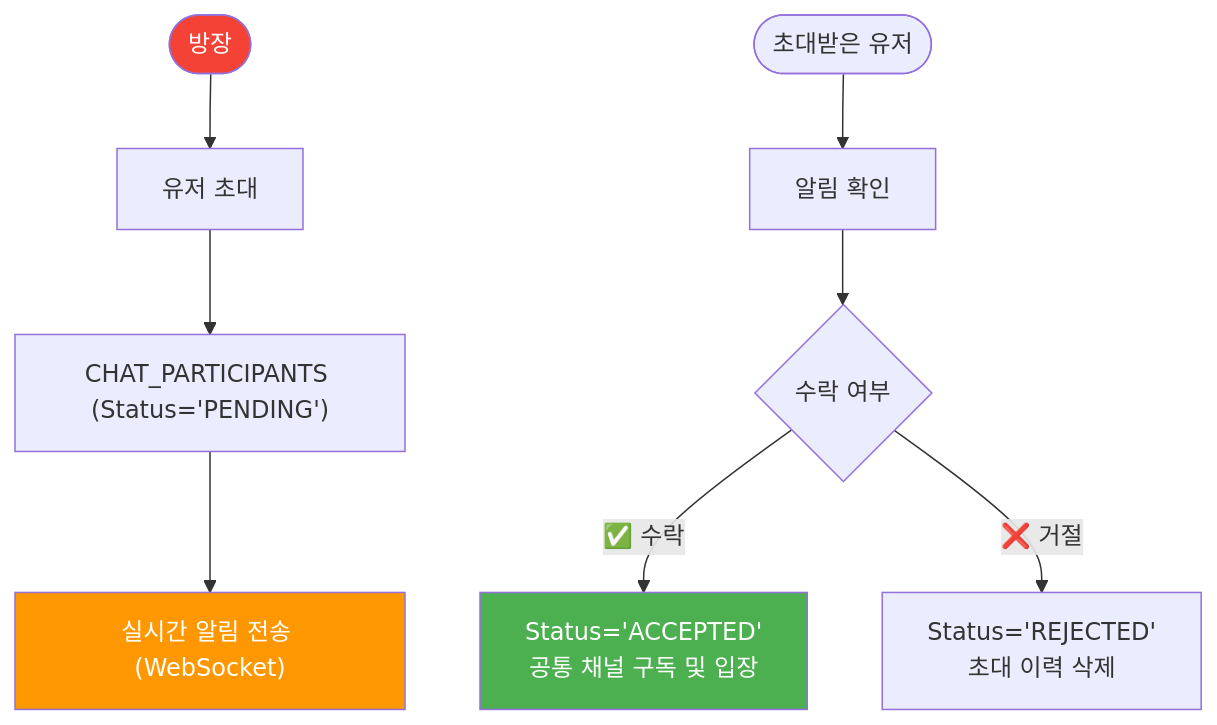
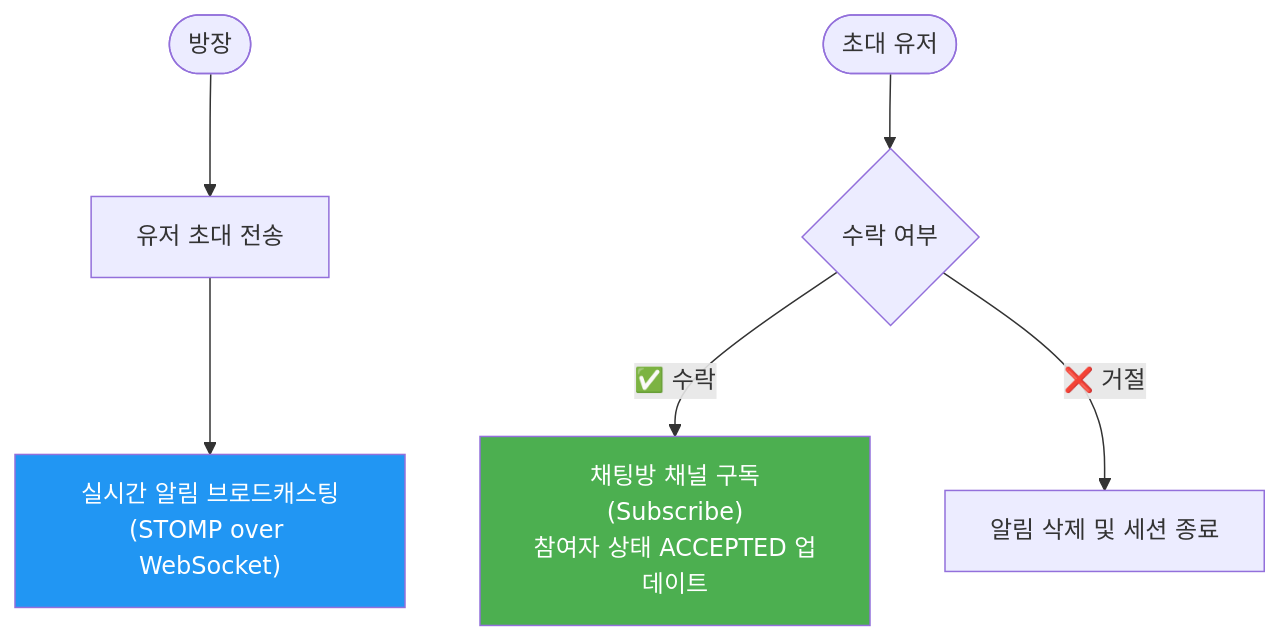
The third of 5 diagrams in userflow.md (KJH-Portfolio/202602-Environmenta-Organization), drawn with Mermaid before and after one commit. The commit also changed other lines of this file and 9 other files, not shown here.

````diff
--- a/userflow.md
+++ b/userflow.md
@@ -106,16 +66,12 @@
 ```mermaid
 flowchart TD
-    HOST([방장]) --> INVITE[유저 초대]
-    INVITE --> DB["CHAT_PARTICIPANTS (Status='PENDING')"]
-    DB --> SOCKET["실시간 알림 전송 (WebSocket)"]
+    HOST([방장]) --> INVITE[유저 초대 전송]
+    INVITE --> WS_PUSH["실시간 알림 브로드캐스팅\n(STOMP over WebSocket)"]
     
-    USER([초대받은 유저]) --> NOTIF[알림 확인]
-    NOTIF --> CHOICE{수락 여부}
-    
-    CHOICE -- "✅ 수락" --> ACCEPT["Status='ACCEPTED'\n공통 채널 구독 및 입장"]
-    CHOICE -- "❌ 거절" --> REJECT["Status='REJECTED'\n초대 이력 삭제"]
+    USER([초대 유저]) --> CHOICE{수락 여부}
+    CHOICE -- "✅ 수락" --> SUBSCRIBE["채팅방 채널 구독(Subscribe)\n참여자 상태 ACCEPTED 업데이트"]
+    CHOICE -- "❌ 거절" --> REJECT[알림 삭제 및 세션 종료]
 
-    style HOST fill:#F44336,color:#fff
-    style SOCKET fill:#FF9800,color:#fff
-    style ACCEPT fill:#4CAF50,color:#fff
+    style WS_PUSH fill:#2196F3,color:#fff
+    style SUBSCRIBE fill:#4CAF50,color:#fff
 ```
````
